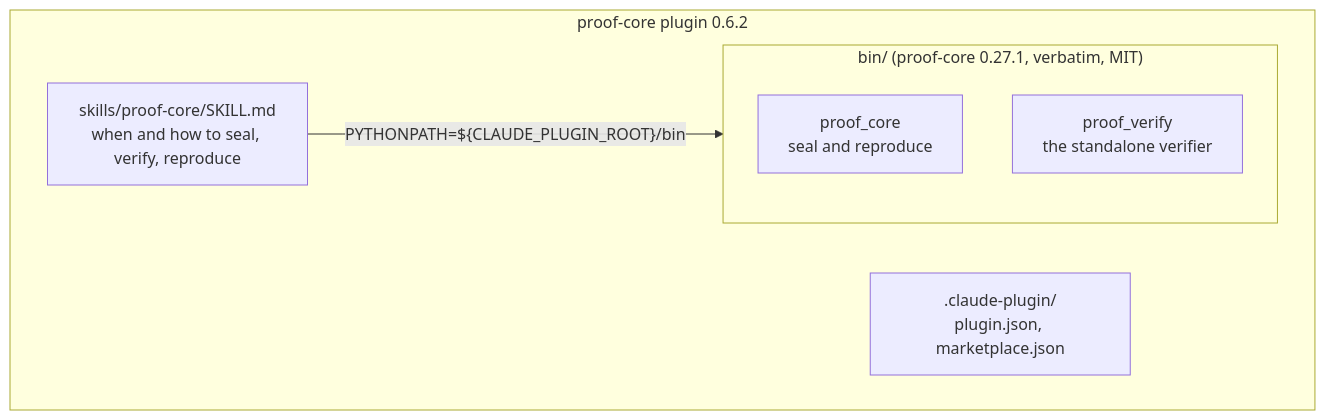
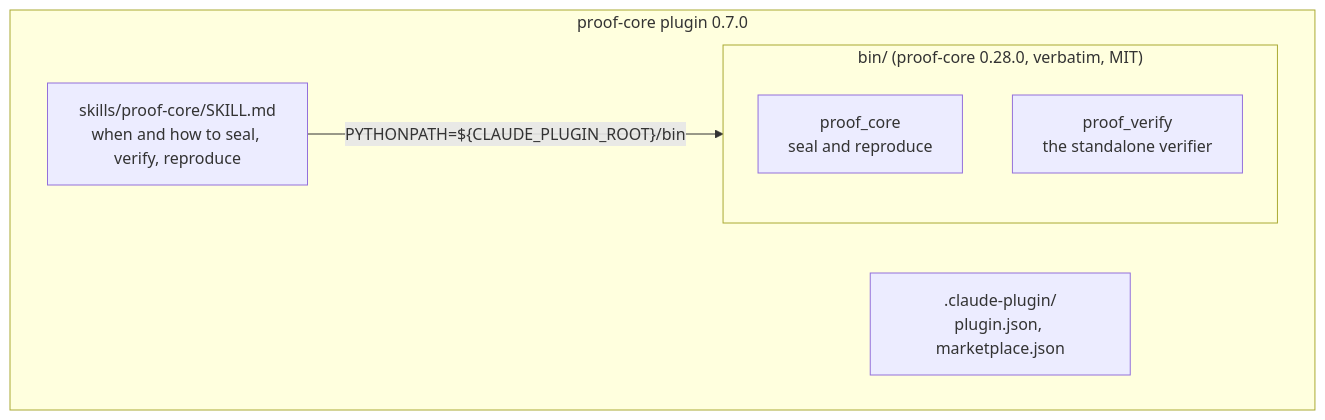
One commit to SMRFORGE/proof-core changed the second of 3 diagrams in README.md. Above: the diagram before and after it, drawn with Mermaid. The commit also changed other lines of this file and 14 other files, not shown here.

Commit message:
release: v0.7.0 (vendor proof-core v0.28.0; seal mints v4 by default, --envelope v3|v4)

````diff
--- a/README.md
+++ b/README.md
@@ -88,12 +89,12 @@
 ```mermaid
 flowchart TB
-    subgraph plugin["proof-core plugin 0.6.2"]
+    subgraph plugin["proof-core plugin 0.7.0"]
         MAN[".claude-plugin/<br/>plugin.json, marketplace.json"]
         SKILL["skills/proof-core/SKILL.md<br/>when and how to seal, verify, reproduce"]
-        subgraph bin["bin/ (proof-core 0.27.1, verbatim, MIT)"]
+        subgraph bin["bin/ (proof-core 0.28.0, verbatim, MIT)"]
             PC["proof_core<br/>seal and reproduce"]
             PV["proof_verify<br/>the standalone verifier"]
         end
     end
     SKILL -->|"PYTHONPATH=${CLAUDE_PLUGIN_ROOT}/bin"| bin
 ```
````
